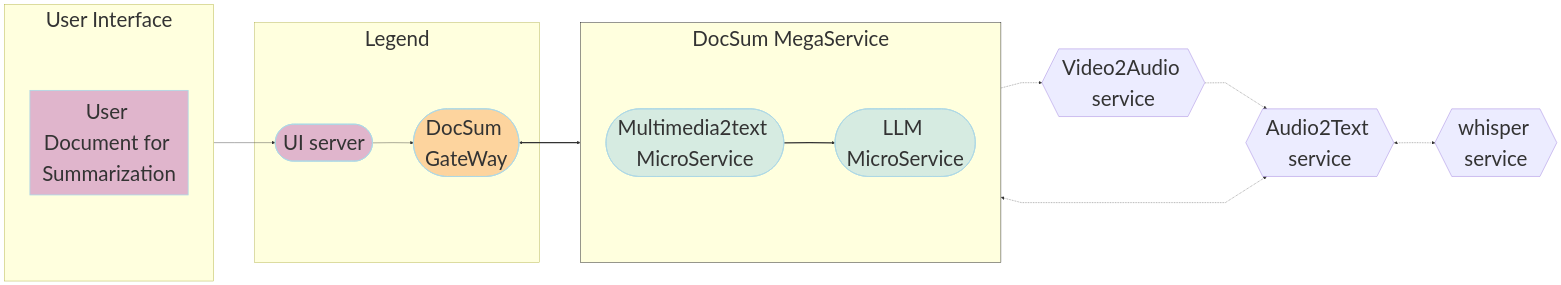
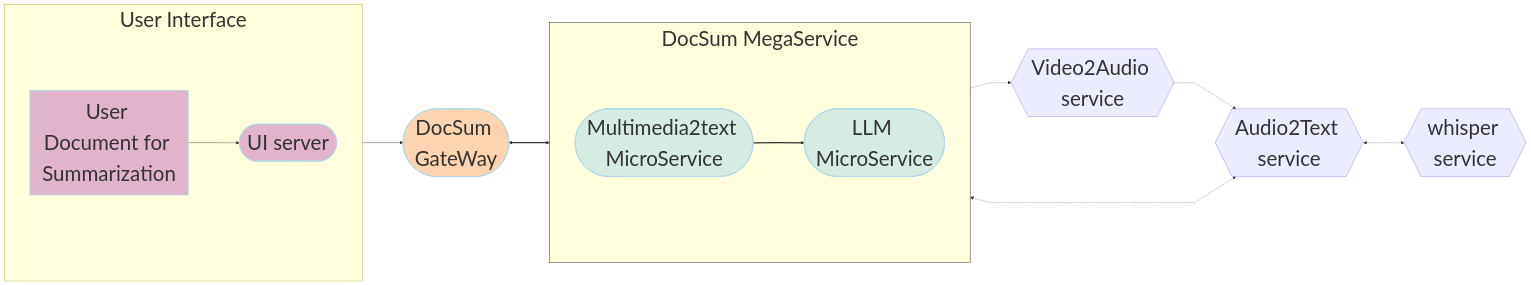
Before and after one commit to opea-project/GenAIExamples: the diagram in DocSum/README.md, drawn with Mermaid. The commit also changed other lines of this file, not shown here.

````diff
--- a/DocSum/README.md
+++ b/DocSum/README.md
@@ -129,57 +110,53 @@
 ```mermaid
 ---
 config:
   flowchart:
     nodeSpacing: 400
     rankSpacing: 100
     curve: linear
   themeVariables:
     fontSize: 50px
 ---
 flowchart LR
     %% Colors %%
     classDef blue fill:#ADD8E6,stroke:#ADD8E6,stroke-width:2px,fill-opacity:0.5
     classDef orange fill:#FBAA60,stroke:#ADD8E6,stroke-width:2px,fill-opacity:0.5
     classDef orchid fill:#C26DBC,stroke:#ADD8E6,stroke-width:2px,fill-opacity:0.5
     classDef invisible fill:transparent,stroke:transparent;
     style DocSum-MegaService stroke:#000000
 
     %% Subgraphs %%
-    subgraph Legend
-        UI([User Interface])
-        GW([DocSum GateWay])    
-    end
     subgraph DocSum-MegaService["DocSum MegaService "]
         direction LR
         M2T([Multimedia2text MicroService]):::blue
         LLM([LLM MicroService]):::blue
     end
     subgraph UserInterface[" User Interface "]
         direction LR
         a([User Input Query]):::orchid
         UI([UI server<br>]):::orchid
     end
 
 
     A2T_SRV{{Audio2Text service<br>}}
     V2A_SRV{{Video2Audio service<br>}}
     WSP_SRV{{whisper service<br>}}
     GW([DocSum GateWay<br>]):::orange
 
 
     %% Questions interaction
     direction LR
     a[User Document for Summarization] --> UI
     UI --> GW
     GW <==> DocSum-MegaService
     M2T ==> LLM
     
     %% Embedding service flow
     direction LR
     M2T .-> V2A_SRV
     M2T <-.-> A2T_SRV <-.-> WSP_SRV
     V2A_SRV .-> A2T_SRV 
     
 
 
 ```
````
